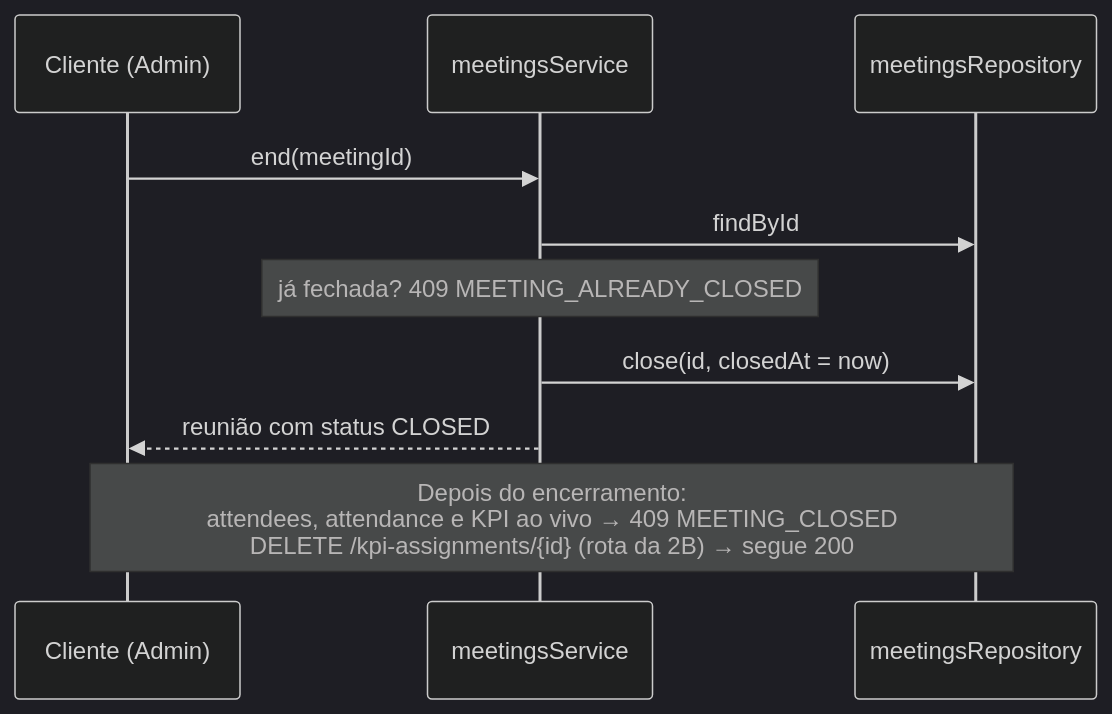
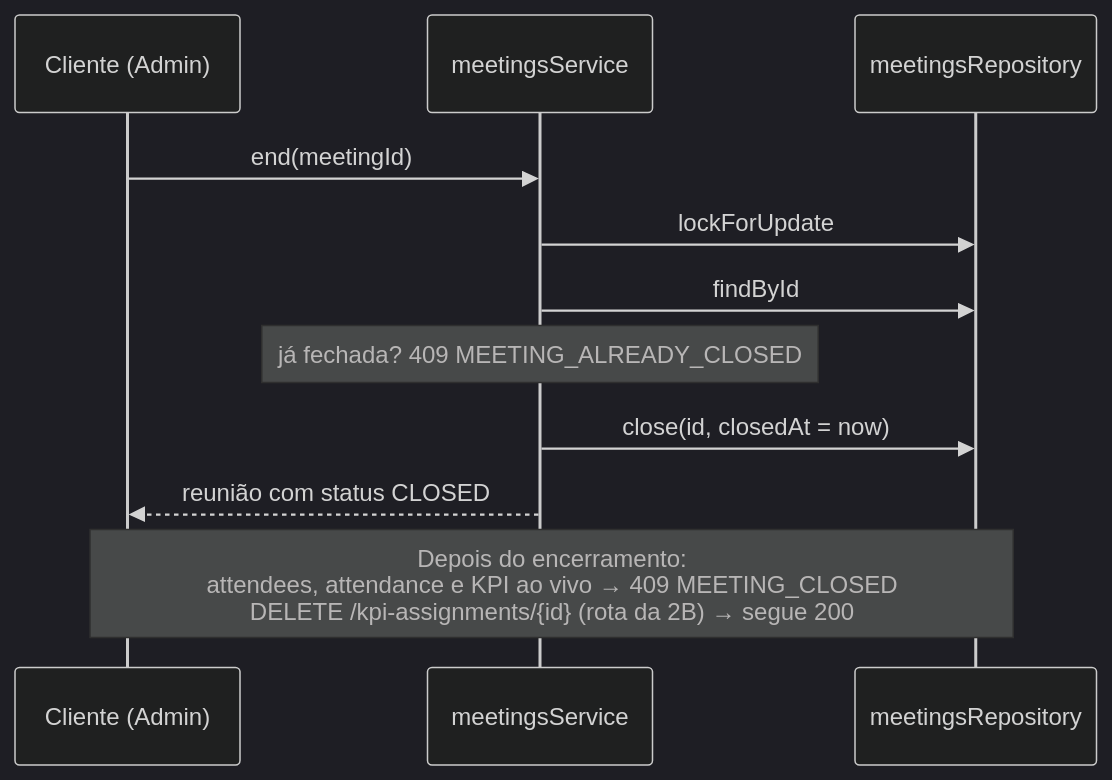
Before and after one commit to TiagoM13/kpi-corp: the second of 2 diagrams in docs/modules/meetings.md, drawn with Mermaid (dark theme). The commit also changed other lines of this file and 4 other files, not shown here.

````diff
--- a/docs/modules/meetings.md
+++ b/docs/modules/meetings.md
@@ -58,14 +60,15 @@
 ```mermaid
 sequenceDiagram
     participant C as Cliente (Admin)
     participant S as meetingsService
     participant R as meetingsRepository
 
     C->>S: end(meetingId)
+    S->>R: lockForUpdate
     S->>R: findById
     Note over S: já fechada? 409 MEETING_ALREADY_CLOSED
     S->>R: close(id, closedAt = now)
     S-->>C: reunião com status CLOSED
 
     Note over C,R: Depois do encerramento:<br/>attendees, attendance e KPI ao vivo → 409 MEETING_CLOSED<br/>DELETE /kpi-assignments/{id} (rota da 2B) → segue 200
 ```
````
